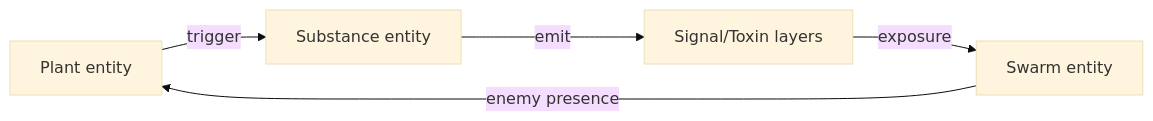
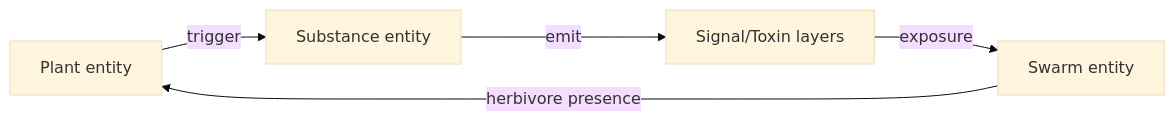
Before and after one commit to foersben/PHIDS: the second of 2 diagrams in docs/engine/signaling.md, drawn with Mermaid (base theme). The commit also changed other lines of this file and 24 other files, not shown here.

````diff
--- a/docs/engine/signaling.md
+++ b/docs/engine/signaling.md
@@ -61,7 +61,7 @@
 ```mermaid
 flowchart LR
     A[Plant entity] -->|trigger| B[Substance entity]
     B -->|emit| C[Signal/Toxin layers]
     C -->|exposure| D[Swarm entity]
-    D -->|enemy presence| A
+    D -->|herbivore presence| A
 ```
````
